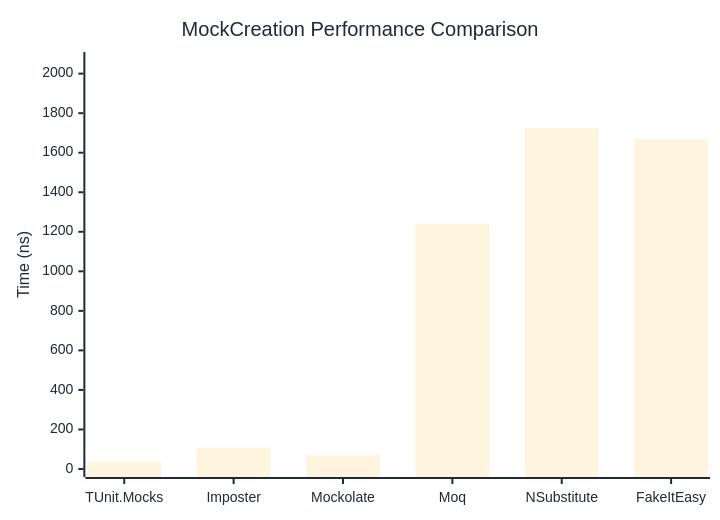
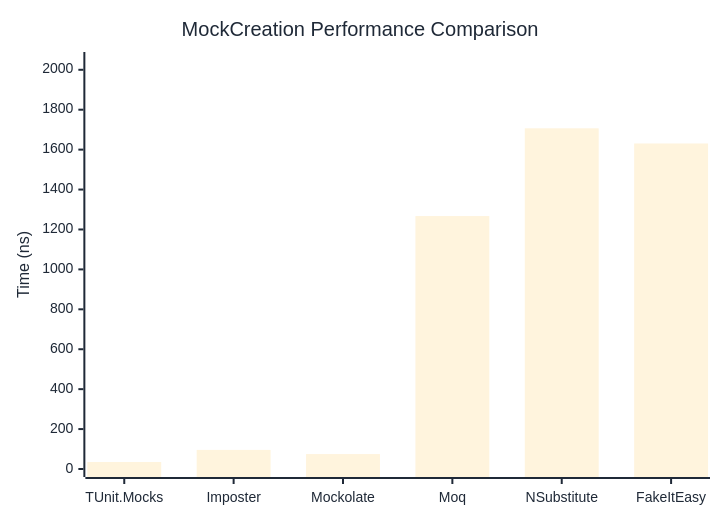
Before and after one commit to thomhurst/TUnit: the first of 2 diagrams in docs/docs/benchmarks/mocks/MockCreation.md, drawn with Mermaid. The commit also changed other lines of this file and 14 other files, not shown here.

````diff
--- a/docs/docs/benchmarks/mocks/MockCreation.md
+++ b/docs/docs/benchmarks/mocks/MockCreation.md
@@ -28,27 +28,27 @@
 ```mermaid
 %%{init: {
   'theme':'base',
   'themeVariables': {
     'primaryColor': '#2563eb',
     'primaryTextColor': '#1f2937',
     'primaryBorderColor': '#1e40af',
     'lineColor': '#6b7280',
     'secondaryColor': '#7c3aed',
     'tertiaryColor': '#dc2626',
     'background': '#ffffff',
     'pie1': '#2563eb',
     'pie2': '#7c3aed',
     'pie3': '#dc2626',
     'pie4': '#f59e0b',
     'pie5': '#10b981',
     'pie6': '#06b6d4',
     'pie7': '#ec4899',
     'pie8': '#6366f1'
   }
 }}%%
 xychart-beta
   title "MockCreation Performance Comparison"
   x-axis ["TUnit.Mocks", "Imposter", "Mockolate", "Moq", "NSubstitute", "FakeItEasy"]
-  y-axis "Time (ns)" 0 --> 2069
-  bar [37.69, 107.7, 68.38, 1241.21, 1723.41, 1668.99]
+  y-axis "Time (ns)" 0 --> 2049
+  bar [35.13, 95.65, 74.79, 1267.21, 1706.76, 1630.76]
 ```
````
